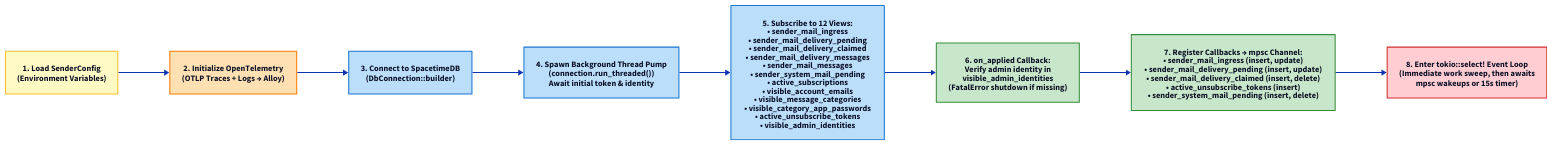
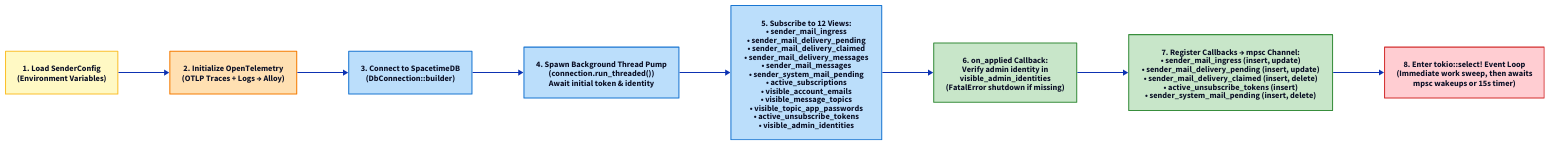
One commit to enaut/kommunikationszentrum changed the diagram in docs/src/core/sender/control-flow-startup-sequence.d2. Above: the diagram before and after it, drawn with D2. The commit also changed 217 other files, not shown here.

```diff
--- a/docs/src/core/sender/control-flow-startup-sequence.d2
+++ b/docs/src/core/sender/control-flow-startup-sequence.d2
@@ -1,20 +1,20 @@
 direction: right
 
 classes: {
   config: { style.fill: "#fff9c4"; style.stroke: "#fbc02d" }
   otel: { style.fill: "#ffe0b2"; style.stroke: "#f57c00" }
   db: { style.fill: "#bbdefb"; style.stroke: "#1976d2" }
   cb: { style.fill: "#c8e6c9"; style.stroke: "#388e3c" }
   loop: { style.fill: "#ffcdd2"; style.stroke: "#d32f2f" }
 }
 
 env: "1. Load SenderConfig\n(Environment Variables)" { class: config }
 otel: "2. Initialize OpenTelemetry\n(OTLP Traces + Logs → Alloy)" { class: otel }
 conn: "3. Connect to SpacetimeDB\n(DbConnection::builder)" { class: db }
 pump: "4. Spawn Background Thread Pump\n(connection.run_threaded())\nAwait initial token & identity" { class: db }
-sub: "5. Subscribe to 12 Views:\n• sender_mail_ingress\n• sender_mail_delivery_pending\n• sender_mail_delivery_claimed\n• sender_mail_delivery_messages\n• sender_mail_messages\n• sender_system_mail_pending\n• active_subscriptions\n• visible_account_emails\n• visible_message_categories\n• visible_category_app_passwords\n• active_unsubscribe_tokens\n• visible_admin_identities" { class: db }
+sub: "5. Subscribe to 12 Views:\n• sender_mail_ingress\n• sender_mail_delivery_pending\n• sender_mail_delivery_claimed\n• sender_mail_delivery_messages\n• sender_mail_messages\n• sender_system_mail_pending\n• active_subscriptions\n• visible_account_emails\n• visible_message_topics\n• visible_topic_app_passwords\n• active_unsubscribe_tokens\n• visible_admin_identities" { class: db }
 auth: "6. on_applied Callback:\nVerify admin identity in\nvisible_admin_identities\n(FatalError shutdown if missing)" { class: cb }
 cb: "7. Register Callbacks → mpsc Channel:\n• sender_mail_ingress (insert, update)\n• sender_mail_delivery_pending (insert, update)\n• sender_mail_delivery_claimed (insert, delete)\n• active_unsubscribe_tokens (insert)\n• sender_system_mail_pending (insert, delete)" { class: cb }
 loop_: "8. Enter tokio::select! Event Loop\n(Immediate work sweep, then awaits\nmpsc wakeups or 15s timer)" { class: loop }
 
 env -> otel -> conn -> pump -> sub -> auth -> cb -> loop_
```
